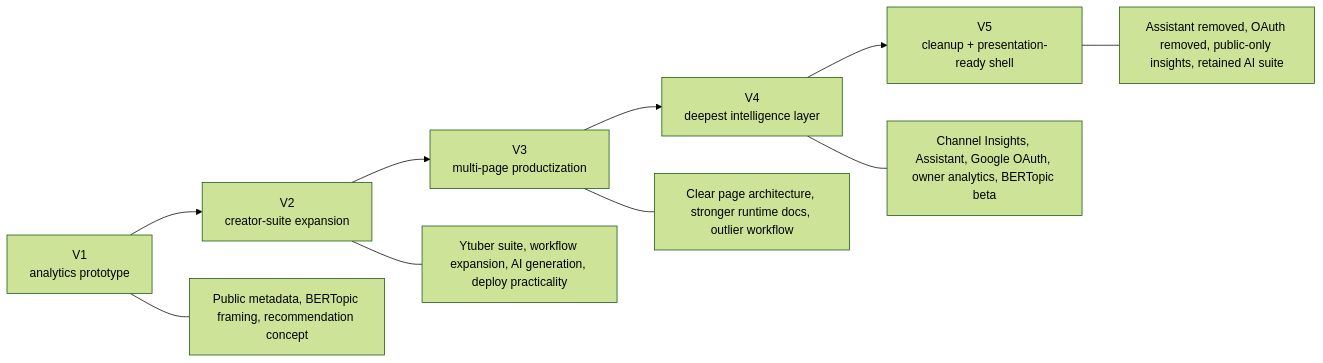
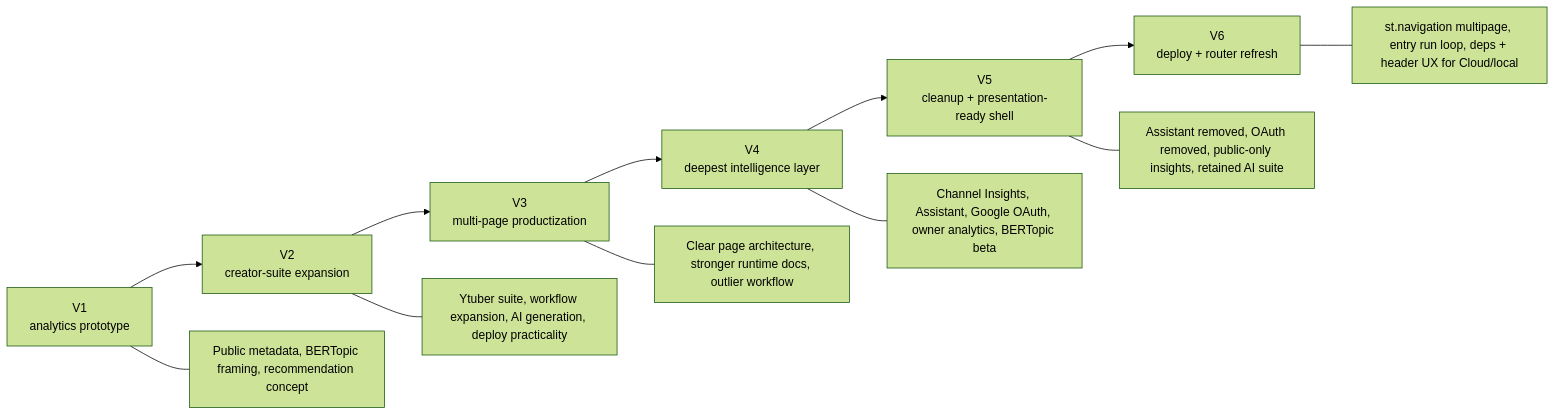
One commit to matt-foor/purdue-youtube-ip changed the first of 6 diagrams in README.md. Above: the diagram before and after it, drawn with Mermaid (forest theme). The commit also changed other lines of this file, not shown here.

````diff
--- a/README.md
+++ b/README.md
@@ -51,13 +54,15 @@
 ```mermaid
 flowchart LR
     V1["V1<br/>analytics prototype"] --> V2["V2<br/>creator-suite expansion"]
     V2 --> V3["V3<br/>multi-page productization"]
     V3 --> V4["V4<br/>deepest intelligence layer"]
     V4 --> V5["V5<br/>cleanup + presentation-ready shell"]
+    V5 --> V6["V6<br/>deploy + router refresh"]
 
     V1 --- A1["Public metadata, BERTopic framing, recommendation concept"]
     V2 --- A2["Ytuber suite, workflow expansion, AI generation, deploy practicality"]
     V3 --- A3["Clear page architecture, stronger runtime docs, outlier workflow"]
     V4 --- A4["Channel Insights, Assistant, Google OAuth, owner analytics, BERTopic beta"]
     V5 --- A5["Assistant removed, OAuth removed, public-only insights, retained AI suite"]
+    V6 --- A6["st.navigation multipage, entry run loop, deps + header UX for Cloud/local"]
 ```
````
